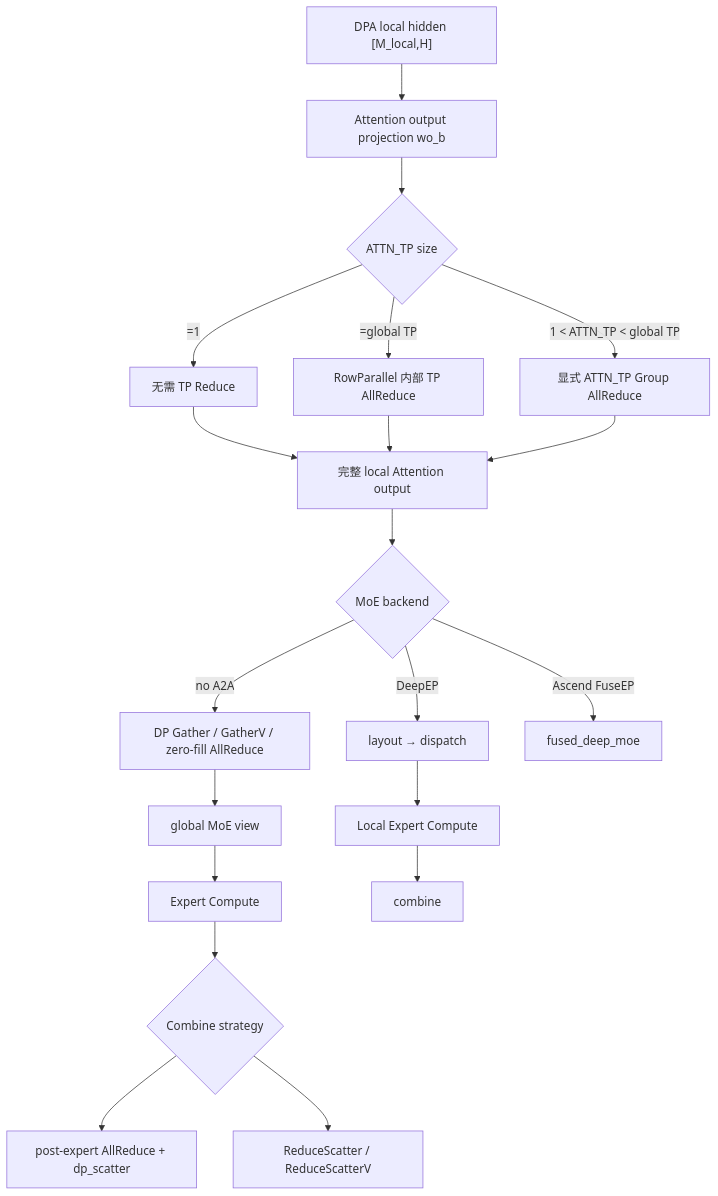
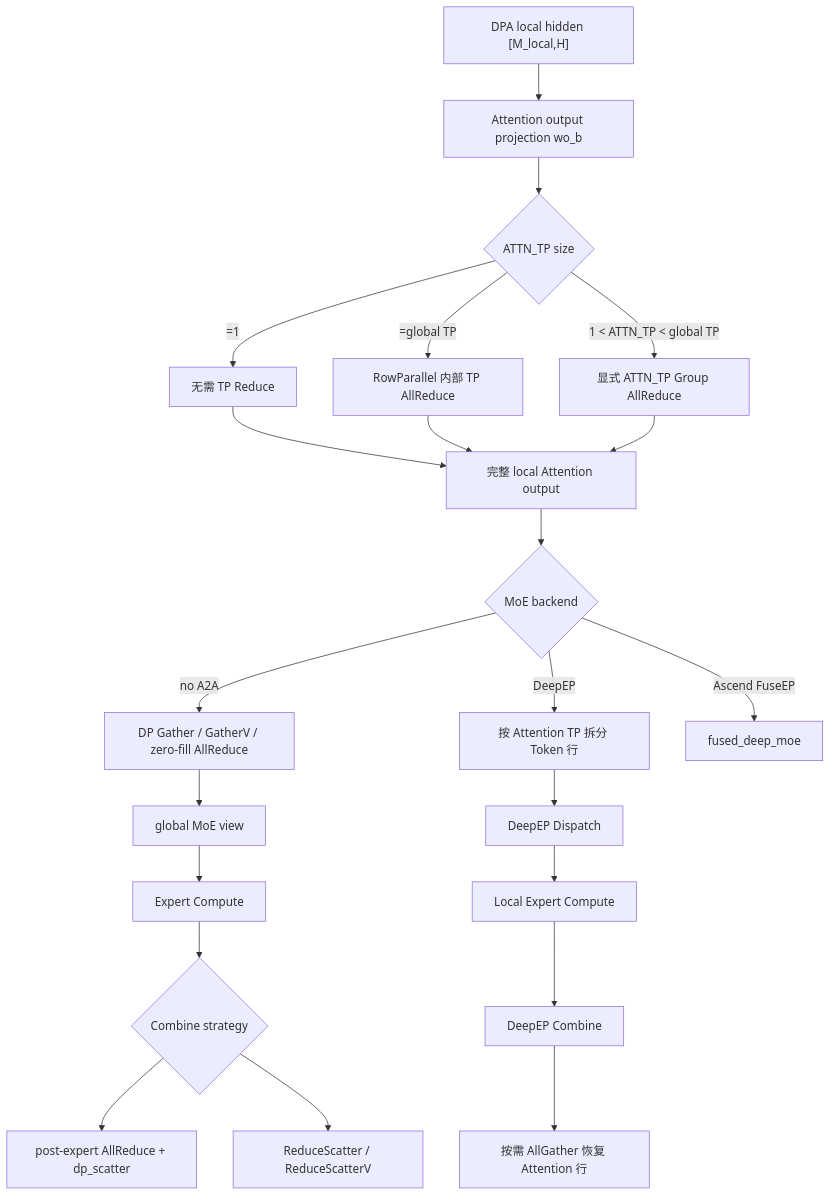
Before and after one commit to AkiYangDev/llm-inference-notes: the diagram in docs/distributed/sglang-collectives-deepseek-v4.md, drawn with Mermaid. The commit also changed other lines of this file and 44 other files, not shown here.

```diff
--- a/docs/distributed/sglang-collectives-deepseek-v4.md
+++ b/docs/distributed/sglang-collectives-deepseek-v4.md
@@ -645,30 +599,32 @@
 ~~~mermaid
 flowchart TD
     A["DPA local hidden [M_local,H]"]
 
     A --> B["Attention output projection wo_b"]
     B --> C{"ATTN_TP size"}
 
     C -->|"=1"| D["无需 TP Reduce"]
     C -->|"=global TP"| E["RowParallel 内部 TP AllReduce"]
     C -->|"1 < ATTN_TP < global TP"| F["显式 ATTN_TP Group AllReduce"]
 
     D --> G["完整 local Attention output"]
     E --> G
     F --> G
 
     G --> H{"MoE backend"}
 
     H -->|"no A2A"| I["DP Gather / GatherV / zero-fill AllReduce"]
     I --> J["global MoE view"]
     J --> K["Expert Compute"]
     K --> L{"Combine strategy"}
     L --> M["post-expert AllReduce + dp_scatter"]
     L --> N["ReduceScatter / ReduceScatterV"]
 
-    H -->|"DeepEP"| O["layout → dispatch"]
-    O --> P["Local Expert Compute"]
-    P --> Q["combine"]
+    H -->|"DeepEP"| O["按 Attention TP 拆分 Token 行"]
+    O --> O2["DeepEP Dispatch"]
+    O2 --> P["Local Expert Compute"]
+    P --> Q["DeepEP Combine"]
+    Q --> Q2["按需 AllGather 恢复 Attention 行"]
 
     H -->|"Ascend FuseEP"| R["fused_deep_moe"]
 ~~~
```
